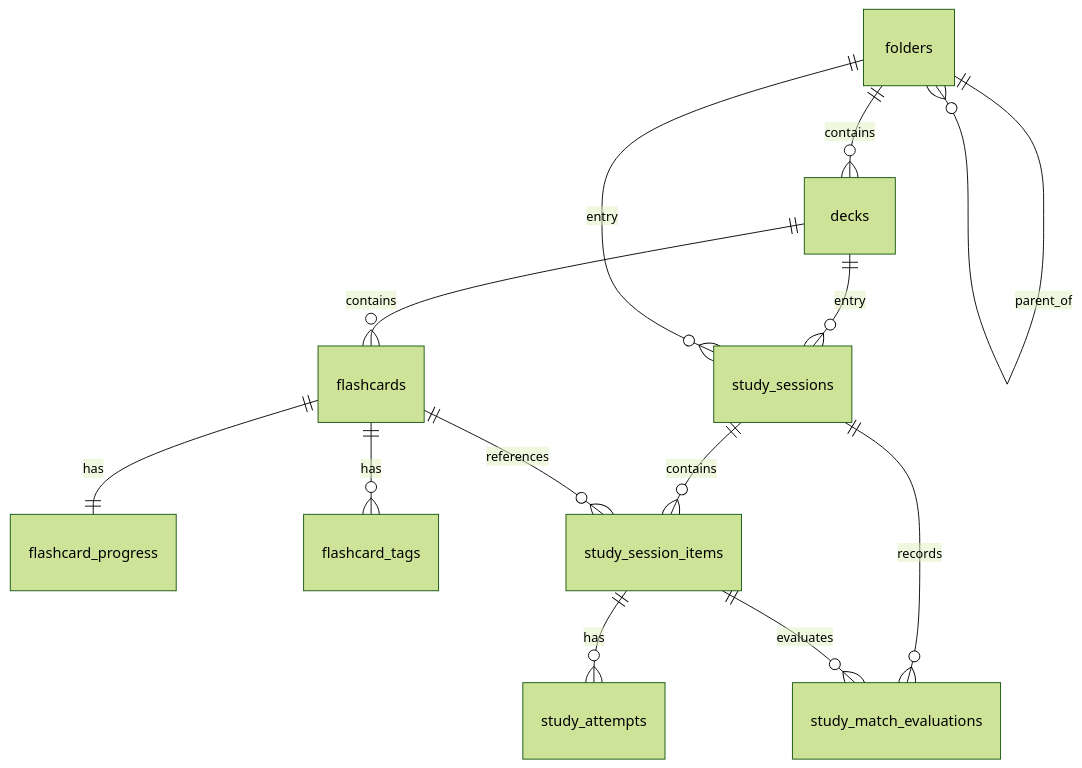
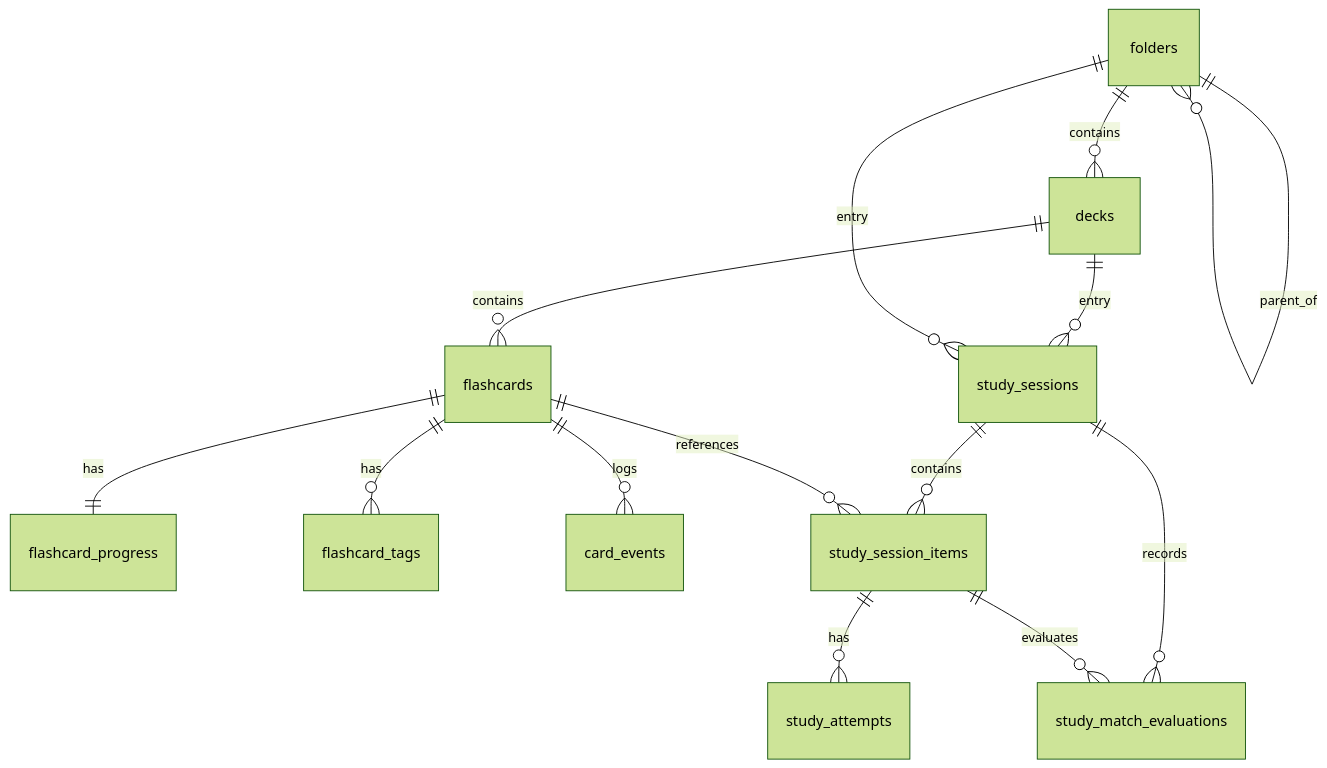
The diagram in docs/database/schema-contract.md (ntgptit/memox-v3), drawn with Mermaid (forest theme) before and after one commit. The commit also changed other lines of this file and 12 other files, not shown here.

First line of the commit message:
feat(db): card-history schema enabler — schema v7 (WBS 7.0.1)

````diff
--- a/docs/database/schema-contract.md
+++ b/docs/database/schema-contract.md
@@ -195,15 +199,16 @@
 ```mermaid
 erDiagram
     folders ||--o{ folders : parent_of
     folders ||--o{ decks : contains
     decks ||--o{ flashcards : contains
     flashcards ||--|| flashcard_progress : has
     flashcards ||--o{ flashcard_tags : has
+    flashcards ||--o{ card_events : logs
     decks ||--o{ study_sessions : entry
     folders ||--o{ study_sessions : entry
     study_sessions ||--o{ study_session_items : contains
     study_sessions ||--o{ study_match_evaluations : records
     study_session_items ||--o{ study_attempts : has
     study_session_items ||--o{ study_match_evaluations : evaluates
     flashcards ||--o{ study_session_items : references
 ```
````
